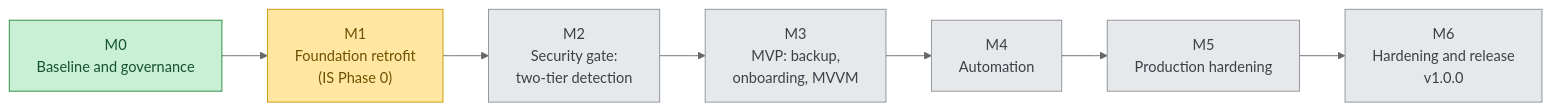
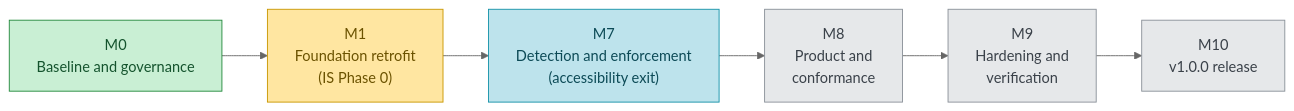
The first of 2 diagrams in README.md (PyrosCat/App_lock), drawn with Mermaid (neutral theme) before and after one commit. The commit also changed other lines of this file and 3 other files, not shown here.

Commit message:
Docs: refresh stale surfaces to the post-ADR-019 model (Roadmap, README)

````diff
--- a/README.md
+++ b/README.md
@@ -43,16 +47,16 @@
 ```mermaid
 flowchart LR
     classDef done fill:#c9efd4,stroke:#248a3d,color:#14532d
     classDef current fill:#ffe6a1,stroke:#c99700,color:#6b5200
+    classDef next fill:#bde3ec,stroke:#1592a8,color:#0c4a56
     classDef todo fill:#e6e8ea,stroke:#8a9199,color:#3a4149
 
     M0["M0<br/>Baseline and governance"]:::done
     M1["M1<br/>Foundation retrofit<br/>(IS Phase 0)"]:::current
-    M2["M2<br/>Security gate:<br/>two-tier detection"]:::todo
-    M3["M3<br/>MVP: backup,<br/>onboarding, MVVM"]:::todo
-    M4["M4<br/>Automation"]:::todo
-    M5["M5<br/>Production hardening"]:::todo
-    M6["M6<br/>Hardening and release<br/>v1.0.0"]:::todo
+    M7["M7<br/>Detection and enforcement<br/>(accessibility exit)"]:::next
+    M8["M8<br/>Product and<br/>conformance"]:::todo
+    M9["M9<br/>Hardening and<br/>verification"]:::todo
+    M10["M10<br/>v1.0.0 release"]:::todo
 
-    M0 --> M1 --> M2 --> M3 --> M4 --> M5 --> M6
+    M0 --> M1 --> M7 --> M8 --> M9 --> M10
 ```
````
